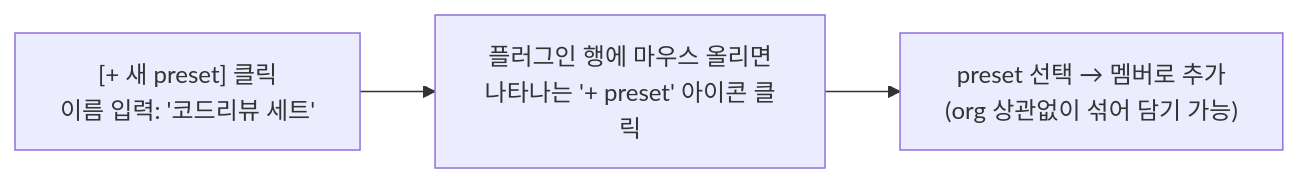
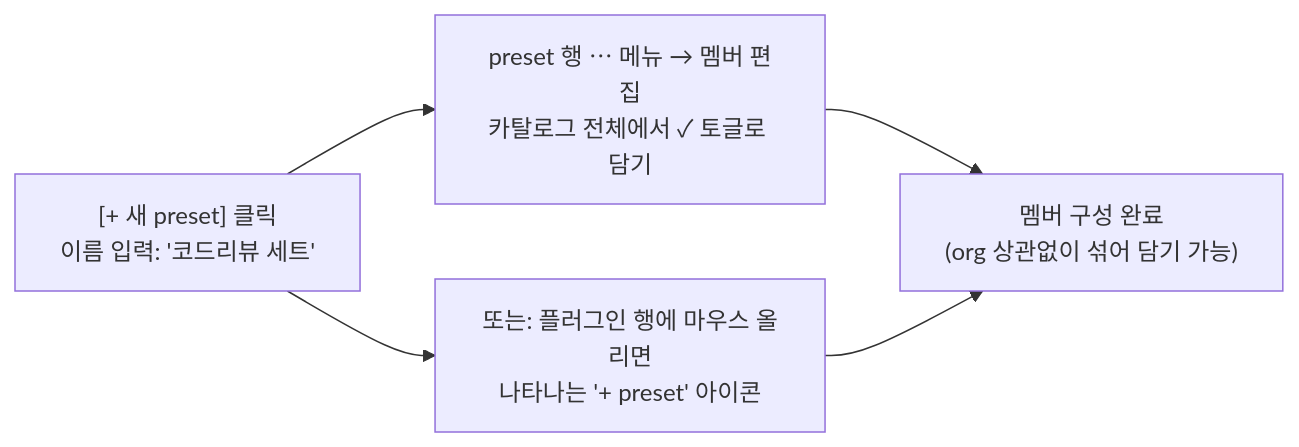
The eighth of 11 diagrams in docs/Scenario.md (ageokim/plugin_market), drawn with Mermaid before and after one commit. The commit also changed 3 other files, not shown here.

First line of the commit message:
preset 멤버 편집 경로 추가 — ⋯ 메뉴에서 카탈로그 전체 ✓ 토글 (§12.2)

````diff
--- a/docs/Scenario.md
+++ b/docs/Scenario.md
@@ -280,5 +280,7 @@
 ```mermaid
 flowchart LR
-    A["[+ 새 preset] 클릭<br>이름 입력: '코드리뷰 세트'"] --> B["플러그인 행에 마우스 올리면<br>나타나는 '+ preset' 아이콘 클릭"]
-    B --> C["preset 선택 → 멤버로 추가<br>(org 상관없이 섞어 담기 가능)"]
+    A["[+ 새 preset] 클릭<br>이름 입력: '코드리뷰 세트'"] --> B["preset 행 ⋯ 메뉴 → 멤버 편집<br>카탈로그 전체에서 ✓ 토글로 담기"]
+    A --> B2["또는: 플러그인 행에 마우스 올리면<br>나타나는 '+ preset' 아이콘"]
+    B --> C["멤버 구성 완료<br>(org 상관없이 섞어 담기 가능)"]
+    B2 --> C
 ```
````
